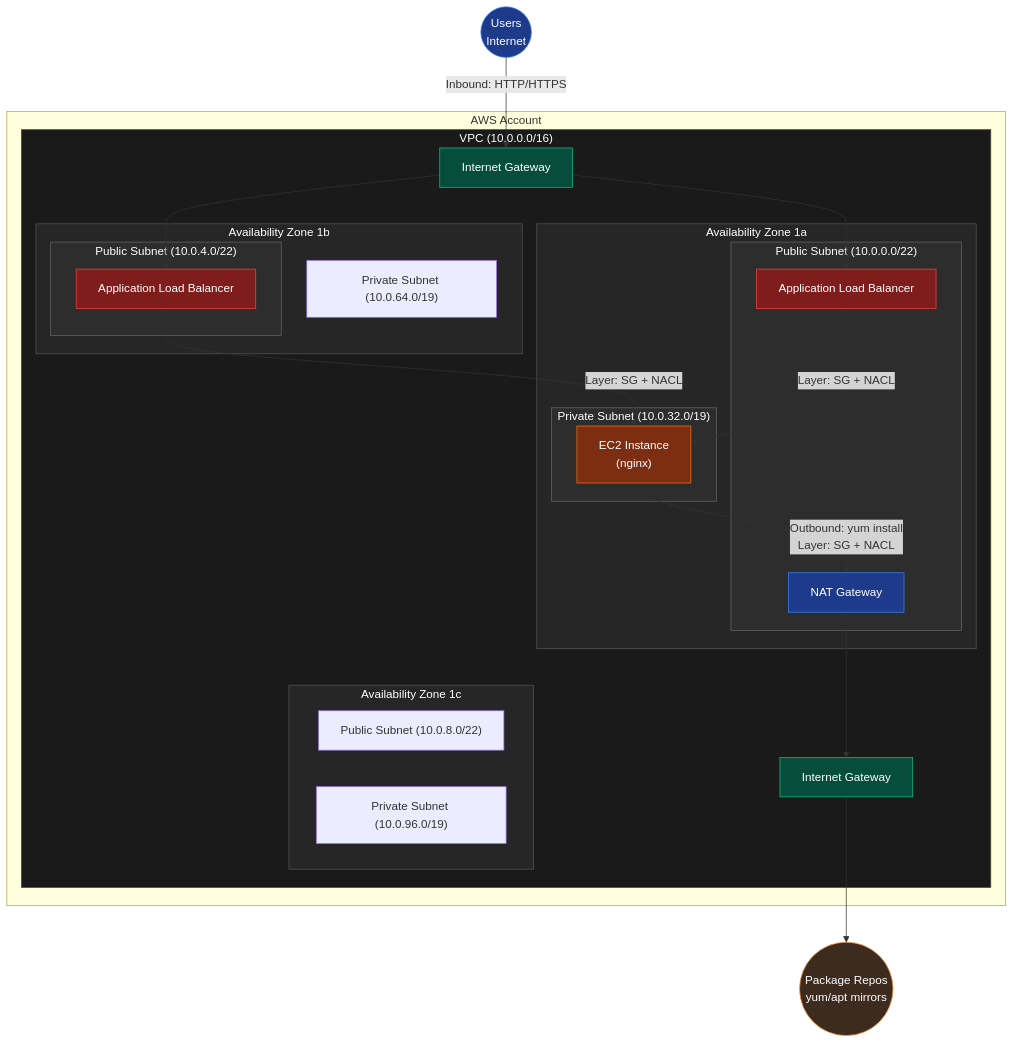
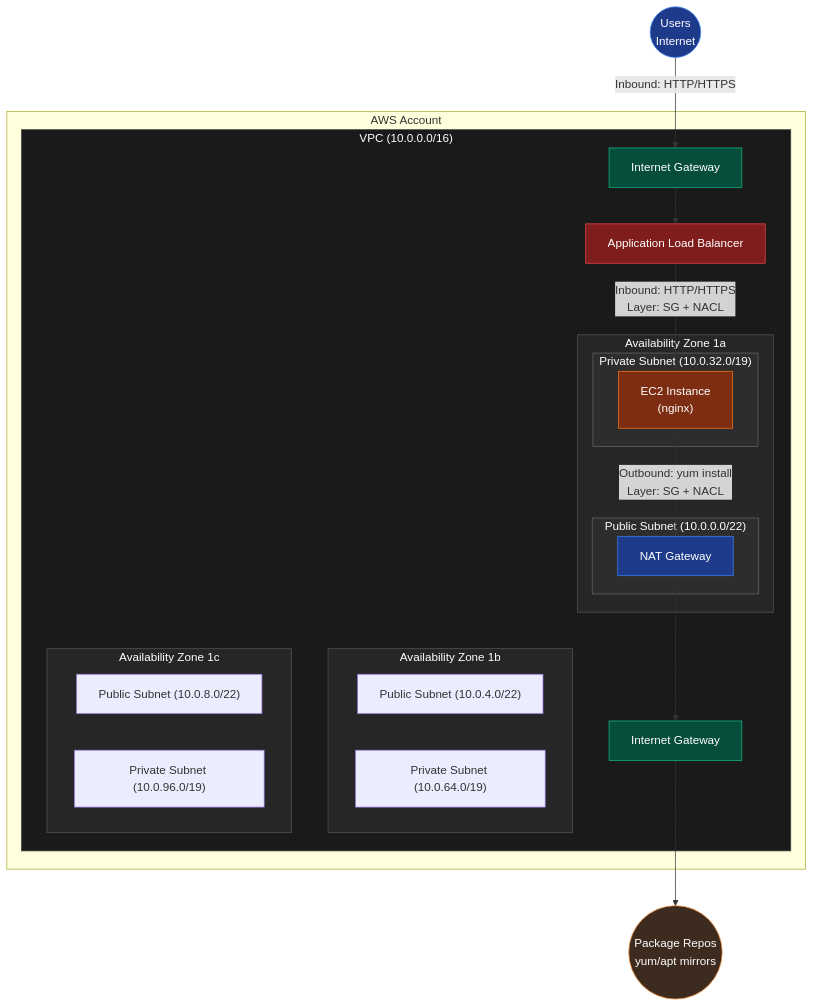
Before and after one commit to kc-zenika/cloud_architecture: the diagram in notes/1.1_intro.md, drawn with Mermaid.

Commit message:
fix: mermaid diagram

````diff
--- a/notes/1.1_intro.md
+++ b/notes/1.1_intro.md
@@ -15,63 +15,57 @@
 ```mermaid
 graph TB
     Users((Users<br/>Internet))
     PackageRepos((Package Repos<br/>yum/apt mirrors))
     
     subgraph AWS["AWS Account"]
         subgraph VPC["VPC (10.0.0.0/16)"]
             IGW[Internet Gateway]
             IGW2[Internet Gateway]
-            
+            ALB[Application Load Balancer]
+
             subgraph AZ1["Availability Zone 1a"]
                 subgraph PubSub1["Public Subnet (10.0.0.0/22)"]
-                    ALB[Application Load Balancer]
                     NAT[NAT Gateway]
                 end
                 subgraph PrivSub1["Private Subnet (10.0.32.0/19)"]
                     EC2["EC2 Instance<br/>(nginx)"]
                 end
             end
             
             subgraph AZ2["Availability Zone 1b"]
-                subgraph PubSub2["Public Subnet (10.0.4.0/22)"]
-                    ALB2[Application Load Balancer]
-                end
+                PubSub2["Public Subnet (10.0.4.0/22)"]
                 PrivSub2["Private Subnet (10.0.64.0/19)"]
             end
 
             subgraph AZ3["Availability Zone 1c"]
                 PubSub3["Public Subnet (10.0.8.0/22)"]
                 PrivSub3["Private Subnet (10.0.96.0/19)"]
             end
         end
     end
     
     Users -->|"Inbound: HTTP/HTTPS"| IGW
     IGW --> ALB
-    IGW --> ALB2
-    ALB -->|"Layer: SG + NACL"| EC2
-    ALB2 -->|"Layer: SG + NACL"| EC2
+    ALB -->|"Inbound: HTTP/HTTPS<br/>Layer: SG + NACL"| EC2
     
     EC2 -->|"Outbound: yum install<br/>Layer: SG + NACL"| NAT
     NAT --> IGW2
     IGW2 --> PackageRepos
     
     %% Dark Mode Styling
     style Users fill:#1e3a8a,stroke:#3b82f6,color:#fff
     style PackageRepos fill:#3d2b1f,stroke:#fb923c,color:#fff
     style VPC fill:#1a1a1a,stroke:#444,color:#fff
     style AZ1 fill:#262626,stroke:#555,color:#fff
     style AZ2 fill:#262626,stroke:#555,color:#fff
     style AZ3 fill:#262626,stroke:#555,color:#fff
     style EC2 fill:#7c2d12,stroke:#f97316,color:#fff
     style IGW fill:#064e3b,stroke:#10b981,color:#fff
     style IGW2 fill:#064e3b,stroke:#10b981,color:#fff
     style NAT fill:#1e3a8a,stroke:#3b82f6,color:#fff
     style ALB fill:#7f1d1d,stroke:#ef4444,color:#fff
-    style ALB2 fill:#7f1d1d,stroke:#ef4444,color:#fff
     
     %% Subnet Styling
     style PubSub1 fill:#2d2d2d,stroke:#666,color:#fff
-    style PubSub2 fill:#2d2d2d,stroke:#666,color:#fff
     style PrivSub1 fill:#2d2d2d,stroke:#666,color:#fff
 ```
````
